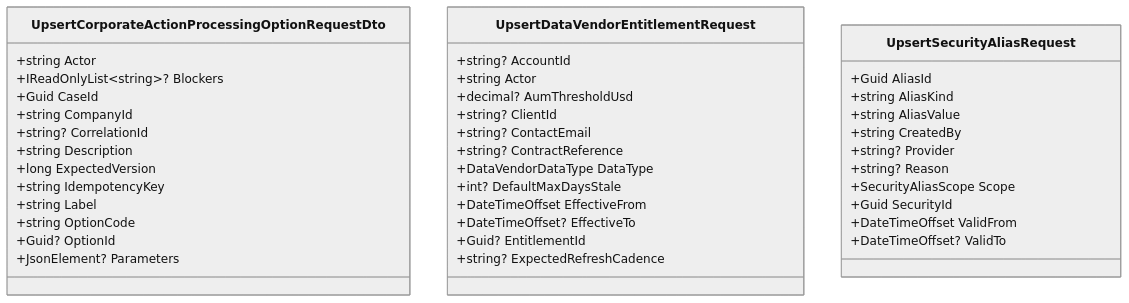
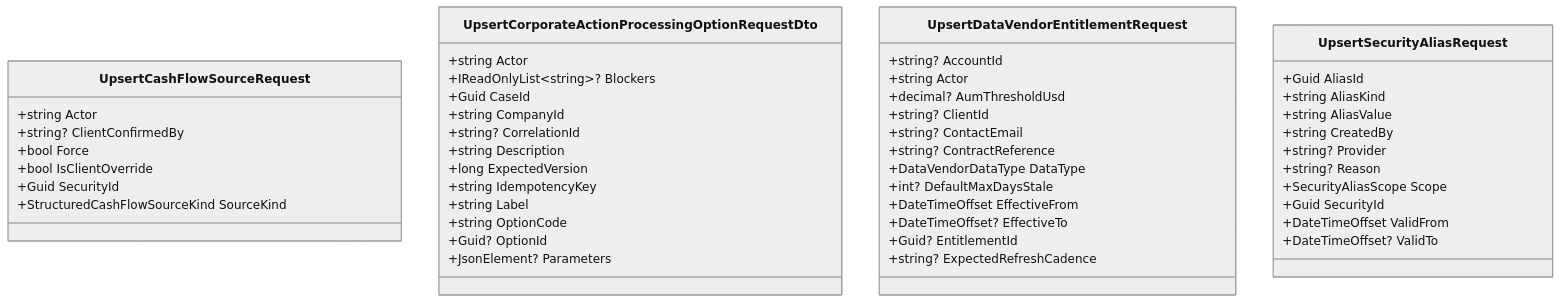
One commit to rodoHasArrived/Meridian-main changed the diagram in docs/generated/database/diagrams/contracts-security-master-contracts-page-04.mmd. Above: the diagram before and after it, drawn with Mermaid (neutral theme). The commit also changed 10 other files, not shown here.

Commit message:
docs(schema): refresh alias conflict contracts

```diff
--- a/docs/generated/database/diagrams/contracts-security-master-contracts-page-04.mmd
+++ b/docs/generated/database/diagrams/contracts-security-master-contracts-page-04.mmd
@@ -1,42 +1,50 @@
 classDiagram
     %% security-master-contracts: module mapping, not DTO/table equivalence
+    class Meridian_Contracts_SecurityMaster_UpsertCashFlowSourceRequest["UpsertCashFlowSourceRequest"] {
+        +string Actor
+        +string? ClientConfirmedBy
+        +bool Force
+        +bool IsClientOverride
+        +Guid SecurityId
+        +StructuredCashFlowSourceKind SourceKind
+    }
     class Meridian_Contracts_SecurityMaster_UpsertCorporateActionProcessingOptionRequestDto["UpsertCorporateActionProcessingOptionRequestDto"] {
         +string Actor
         +IReadOnlyList~string~? Blockers
         +Guid CaseId
         +string CompanyId
         +string? CorrelationId
         +string Description
         +long ExpectedVersion
         +string IdempotencyKey
         +string Label
         +string OptionCode
         +Guid? OptionId
         +JsonElement? Parameters
     }
     class Meridian_Contracts_SecurityMaster_UpsertDataVendorEntitlementRequest["UpsertDataVendorEntitlementRequest"] {
         +string? AccountId
         +string Actor
         +decimal? AumThresholdUsd
         +string? ClientId
         +string? ContactEmail
         +string? ContractReference
         +DataVendorDataType DataType
         +int? DefaultMaxDaysStale
         +DateTimeOffset EffectiveFrom
         +DateTimeOffset? EffectiveTo
         +Guid? EntitlementId
         +string? ExpectedRefreshCadence
     }
     class Meridian_Contracts_SecurityMaster_UpsertSecurityAliasRequest["UpsertSecurityAliasRequest"] {
         +Guid AliasId
         +string AliasKind
         +string AliasValue
         +string CreatedBy
         +string? Provider
         +string? Reason
         +SecurityAliasScope Scope
         +Guid SecurityId
         +DateTimeOffset ValidFrom
         +DateTimeOffset? ValidTo
     }
```
